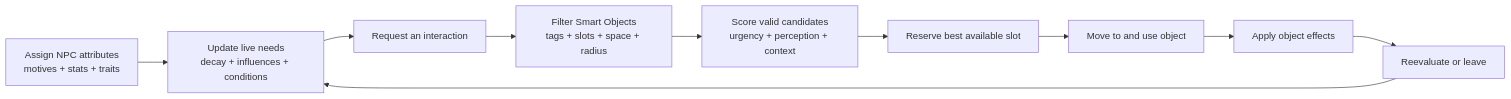
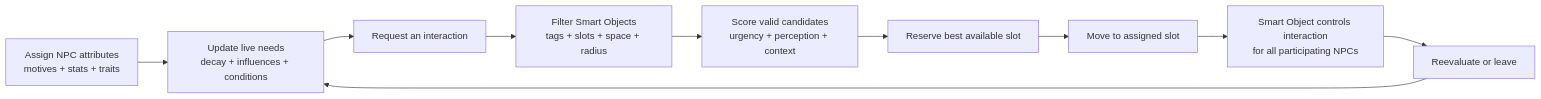
One commit to JMathisPluto/AbolethUtilityAI-Case-Study changed the first of 6 diagrams in README.md. Above: the diagram before and after it, drawn with Mermaid. The commit also changed other lines of this file, not shown here.

````diff
--- a/README.md
+++ b/README.md
@@ -28,12 +56,12 @@
 ```mermaid
 flowchart LR
     A["Assign NPC attributes<br/>motives + stats + traits"] --> B["Update live needs<br/>decay + influences + conditions"]
     B --> C["Request an interaction"]
     C --> D["Filter Smart Objects<br/>tags + slots + space + radius"]
     D --> E["Score valid candidates<br/>urgency + perception + context"]
     E --> F["Reserve best available slot"]
-    F --> G["Move to and use object"]
-    G --> H["Apply object effects"]
+    F --> G["Move to assigned slot"]
+    G --> H["Smart Object controls interaction<br/>for all participating NPCs"]
     H --> I["Reevaluate or leave"]
     I --> B
 ```
````
